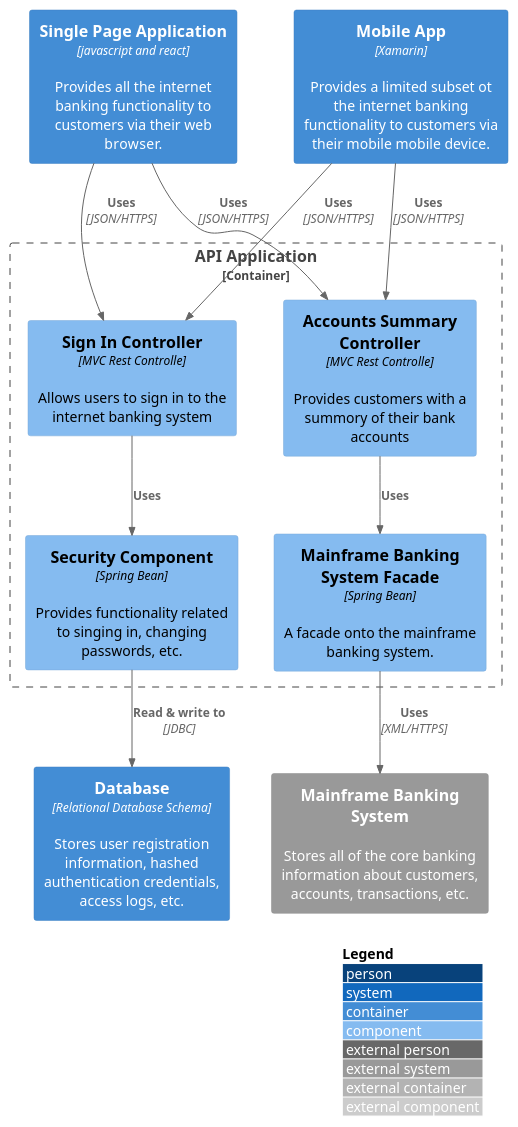
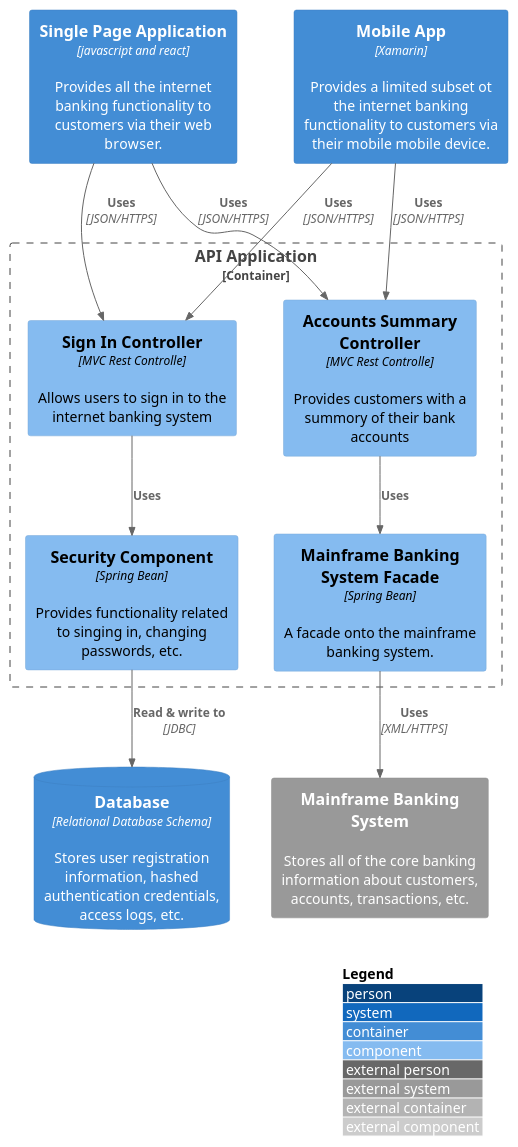
Before and after one commit to NathanaelDelfino/TestandoC4BuilderModel: the diagram in src/1 Internet Banking System/API Application/container.puml, drawn with PlantUML. The commit also changed 12 other files, not shown here.

```diff
--- a/src/1 Internet Banking System/API Application/container.puml
+++ b/src/1 Internet Banking System/API Application/container.puml
@@ -1,28 +1,28 @@
 @startuml
 !include https://raw.githubusercontent.com/adrianvlupu/C4-PlantUML/latest/C4_Component.puml
 
 LAYOUT_WITH_LEGEND()
 
 Container(spa, "Single Page Application", "javascript and react", "Provides all the internet banking functionality to customers via their web browser.")
 Container(ma, "Mobile App", "Xamarin", "Provides a limited subset ot the internet banking functionality to customers via their mobile mobile device.")
-Container(db, "Database", "Relational Database Schema", "Stores user registration information, hashed authentication credentials, access logs, etc.")
+ContainerDb(db, "Database", "Relational Database Schema", "Stores user registration information, hashed authentication credentials, access logs, etc.")
 System_Ext(mbs, "Mainframe Banking System", "Stores all of the core banking information about customers, accounts, transactions, etc.")
 
 Container_Boundary(api, "API Application") {
     Component(sign, "Sign In Controller", "MVC Rest Controlle", "Allows users to sign in to the internet banking system")
     Component(accounts, "Accounts Summary Controller", "MVC Rest Controlle", "Provides customers with a summory of their bank accounts")
     Component(security, "Security Component", "Spring Bean", "Provides functionality related to singing in, changing passwords, etc.")
     Component(mbsfacade, "Mainframe Banking System Facade", "Spring Bean", "A facade onto the mainframe banking system.")
 
     Rel(sign, security, "Uses")
     Rel(accounts, mbsfacade, "Uses")
     Rel(security, db, "Read & write to", "JDBC")
     Rel(mbsfacade, mbs, "Uses", "XML/HTTPS")
 }
 
 Rel(spa, sign, "Uses", "JSON/HTTPS")
 Rel(spa, accounts, "Uses", "JSON/HTTPS")
 
 Rel(ma, sign, "Uses", "JSON/HTTPS")
 Rel(ma, accounts, "Uses", "JSON/HTTPS")
 @enduml
```
